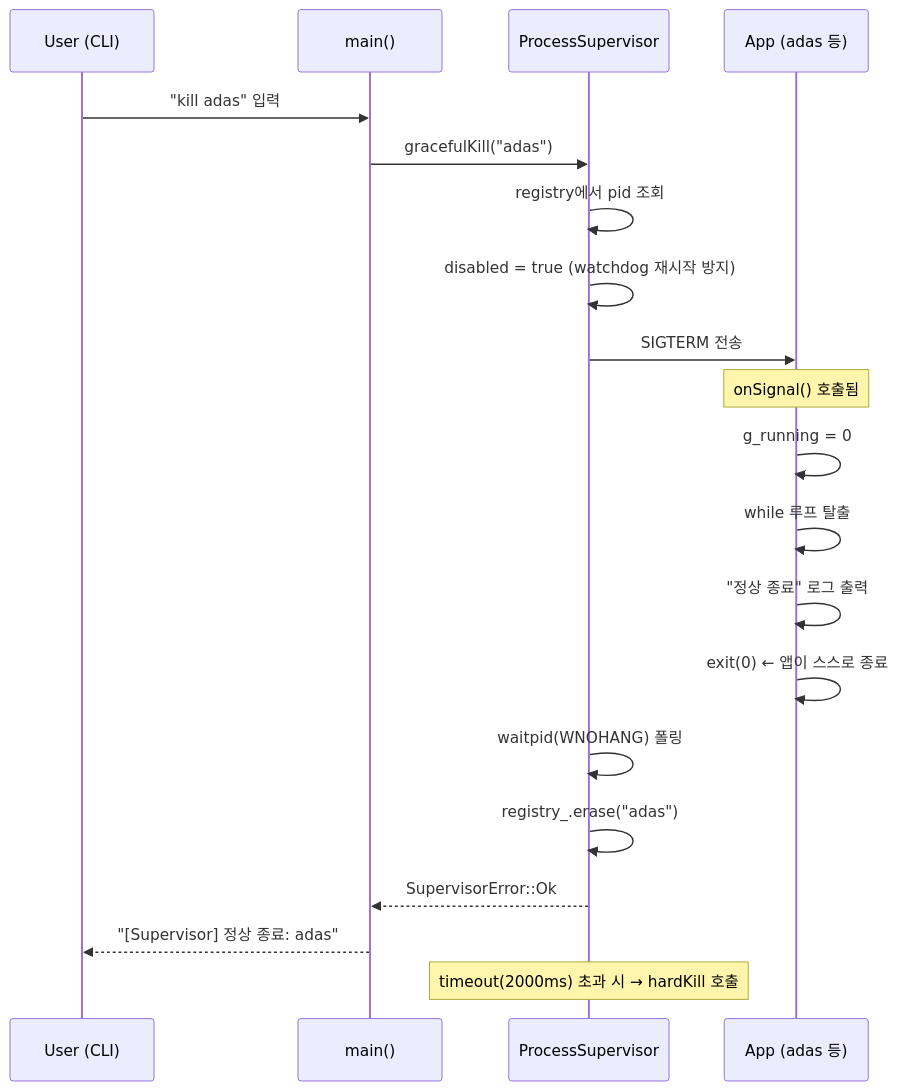
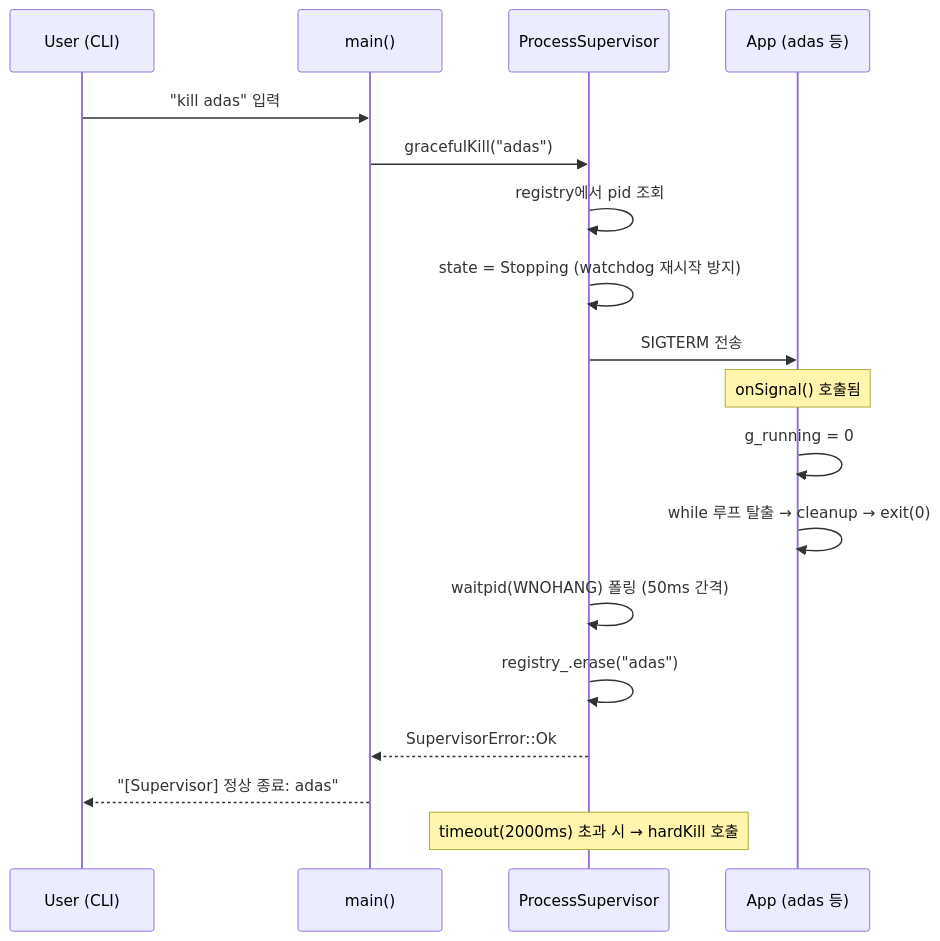
Before and after one commit to Suehyun666/Platform: the second of 6 diagrams in docs/architecture.md, drawn with Mermaid. The commit also changed other lines of this file and 15 other files, not shown here.

````diff
--- a/docs/architecture.md
+++ b/docs/architecture.md
@@ -87,27 +142,25 @@
 ```mermaid
 sequenceDiagram
     participant U  as User (CLI)
     participant M  as main()
     participant PS as ProcessSupervisor
     participant AP as App (adas 등)
 
     U->>M: "kill adas" 입력
     M->>PS: gracefulKill("adas")
 
     PS->>PS: registry에서 pid 조회
-    PS->>PS: disabled = true (watchdog 재시작 방지)
+    PS->>PS: state = Stopping (watchdog 재시작 방지)
     PS->>AP: SIGTERM 전송
 
     Note over AP: onSignal() 호출됨
     AP->>AP: g_running = 0
-    AP->>AP: while 루프 탈출
-    AP->>AP: "정상 종료" 로그 출력
-    AP->>AP: exit(0)  ← 앱이 스스로 종료
+    AP->>AP: while 루프 탈출 → cleanup → exit(0)
 
-    PS->>PS: waitpid(WNOHANG) 폴링
+    PS->>PS: waitpid(WNOHANG) 폴링 (50ms 간격)
     PS->>PS: registry_.erase("adas")
     PS-->>M: SupervisorError::Ok
     M-->>U: "[Supervisor] 정상 종료: adas"
 
     Note over PS: timeout(2000ms) 초과 시 → hardKill 호출
 ```
````
